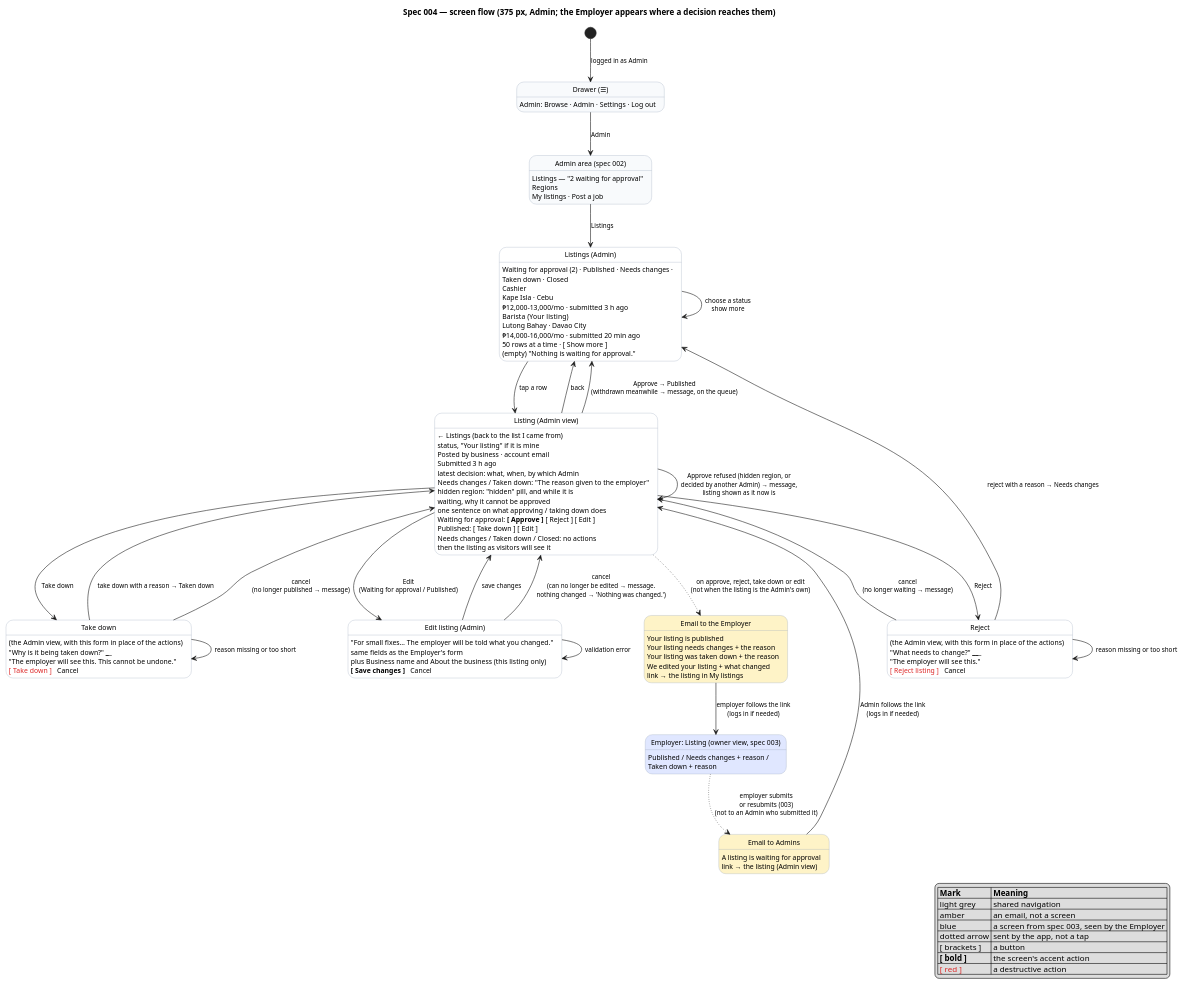
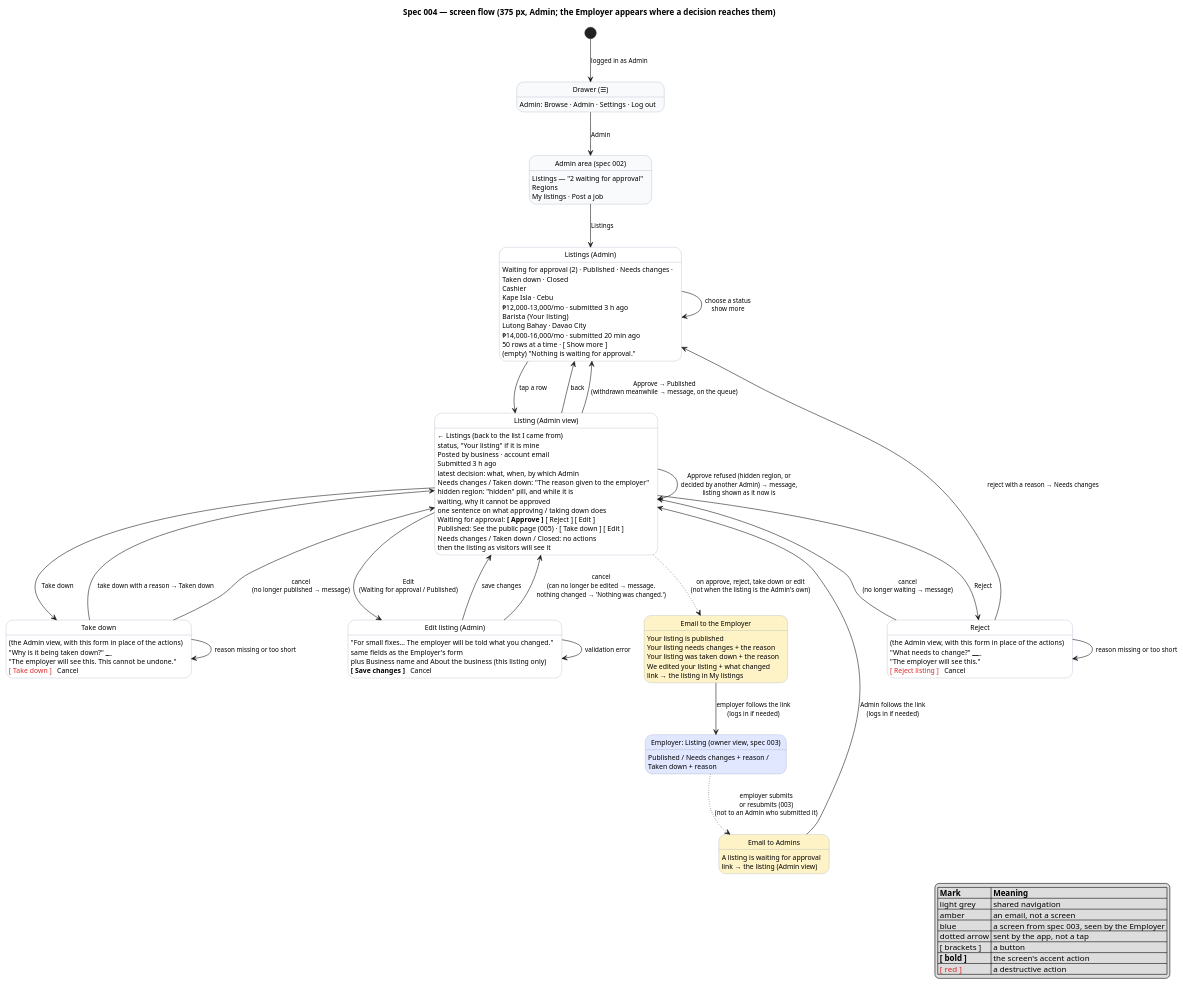
One commit to raseniero/jairojobs-elixir changed the diagram in docs/specs/004-listings-admin-moderation/diagrams/screenflow-moderation.puml. Above: the diagram before and after it, drawn with PlantUML. The commit also changed 21 other files, not shown here.

Commit message:
feat(browse): links between a listing's public page and its owner and Admin views (REQ-005-10)

```diff
--- a/docs/specs/004-listings-admin-moderation/diagrams/screenflow-moderation.puml
+++ b/docs/specs/004-listings-admin-moderation/diagrams/screenflow-moderation.puml
@@ -1,122 +1,122 @@
 @startuml screenflow-moderation
 ' Spec 004 — screen flow. Each state is a screen (key elements listed); each arrow is a user action.
 ' Every user story US-004-1..11 is a path through this diagram (see table in spec.md).
 
 hide empty description
 skinparam state {
   BackgroundColor white
   BackgroundColor<<public>> #f8fafc
   BackgroundColor<<email>> #fef3c7
   BackgroundColor<<other>> #e0e7ff
   BorderColor #94a3b8
   FontSize 12
 }
 skinparam arrowFontSize 11
 
 title Spec 004 — screen flow (375 px, Admin; the Employer appears where a decision reaches them)
 
 state "Drawer (☰)" as Drawer <<public>>
 Drawer : Admin: Browse · Admin · Settings · Log out
 
 state "Admin area (spec 002)" as AdminArea <<public>>
 AdminArea : Listings — "2 waiting for approval"
 AdminArea : Regions
 AdminArea : My listings · Post a job
 
 state "Listings (Admin)" as Listings
 Listings : Waiting for approval (2) · Published · Needs changes ·
 Listings : Taken down · Closed
 Listings : Cashier
 Listings : Kape Isla · Cebu
 Listings : ₱12,000–13,000/mo · submitted 3 h ago
 Listings : Barista  (Your listing)
 Listings : Lutong Bahay · Davao City
 Listings : ₱14,000–16,000/mo · submitted 20 min ago
 Listings : 50 rows at a time · [ Show more ]
 Listings : (empty) "Nothing is waiting for approval."
 
 state "Listing (Admin view)" as Review
 Review : ← Listings (back to the list I came from)
 Review : status, "Your listing" if it is mine
 Review : Posted by business · account email
 Review : Submitted 3 h ago
 Review : latest decision: what, when, by which Admin
 Review : Needs changes / Taken down: "The reason given to the employer"
 Review : hidden region: "hidden" pill, and while it is
 Review : waiting, why it cannot be approved
 Review : one sentence on what approving / taking down does
 Review : Waiting for approval: **[ Approve ]** [ Reject ] [ Edit ]
-Review : Published: [ Take down ] [ Edit ]
+Review : Published: See the public page (005) · [ Take down ] [ Edit ]
 Review : Needs changes / Taken down / Closed: no actions
 Review : then the listing as visitors will see it
 
 state "Reject" as Reject
 Reject : (the Admin view, with this form in place of the actions)
 Reject : "What needs to change?" ___________
 Reject : "The employer will see this."
 Reject : <color:#dc2626>[ Reject listing ]</color>   Cancel
 
 state "Take down" as TakeDown
 TakeDown : (the Admin view, with this form in place of the actions)
 TakeDown : "Why is it being taken down?" ______
 TakeDown : "The employer will see this. This cannot be undone."
 TakeDown : <color:#dc2626>[ Take down ]</color>   Cancel
 
 state "Edit listing (Admin)" as Edit
 Edit : "For small fixes… The employer will be told what you changed."
 Edit : same fields as the Employer's form
 Edit : plus Business name and About the business (this listing only)
 Edit : **[ Save changes ]**   Cancel
 
 state "Email to the Employer" as MailEmployer <<email>>
 MailEmployer : Your listing is published
 MailEmployer : Your listing needs changes + the reason
 MailEmployer : Your listing was taken down + the reason
 MailEmployer : We edited your listing + what changed
 MailEmployer : link → the listing in My listings
 
 state "Email to Admins" as MailAdmins <<email>>
 MailAdmins : A listing is waiting for approval
 MailAdmins : link → the listing (Admin view)
 
 state "Employer: Listing (owner view, spec 003)" as Owner <<other>>
 Owner : Published / Needs changes + reason /
 Owner : Taken down + reason
 
 [*] --> Drawer : logged in as Admin
 Drawer --> AdminArea : Admin
 AdminArea --> Listings : Listings
 Listings --> Listings : choose a status\nshow more
 Listings --> Review : tap a row
 Review --> Listings : back
 Review --> Review : Approve refused (hidden region, or\ndecided by another Admin) → message,\nlisting shown as it now is
 Review --> Listings : Approve → Published\n(withdrawn meanwhile → message, on the queue)
 Review --> Reject : Reject
 Reject --> Listings : reject with a reason → Needs changes
 Reject --> Reject : reason missing or too short
 Reject --> Review : cancel\n(no longer waiting → message)
 Review --> TakeDown : Take down
 TakeDown --> Review : take down with a reason → Taken down
 TakeDown --> TakeDown : reason missing or too short
 TakeDown --> Review : cancel\n(no longer published → message)
 Review --> Edit : Edit\n(Waiting for approval / Published)
 Edit --> Review : save changes
 Edit --> Edit : validation error
 Edit --> Review : cancel\n(can no longer be edited → message.\nnothing changed → 'Nothing was changed.')
 
 Review -[dotted]-> MailEmployer : on approve, reject, take down or edit\n(not when the listing is the Admin's own)
 MailEmployer --> Owner : employer follows the link\n(logs in if needed)
 Owner -[dotted]-> MailAdmins : employer submits\nor resubmits (003)\n(not to an Admin who submitted it)
 MailAdmins --> Review : Admin follows the link\n(logs in if needed)
 
 legend right
   |= Mark |= Meaning |
   | light grey | shared navigation |
   | amber | an email, not a screen |
   | blue | a screen from spec 003, seen by the Employer |
   | dotted arrow | sent by the app, not a tap |
   | [ brackets ] | a button |
   | **[ bold ]** | the screen's accent action |
   | <color:#dc2626>[ red ]</color> | a destructive action |
 endlegend
 @enduml
```
